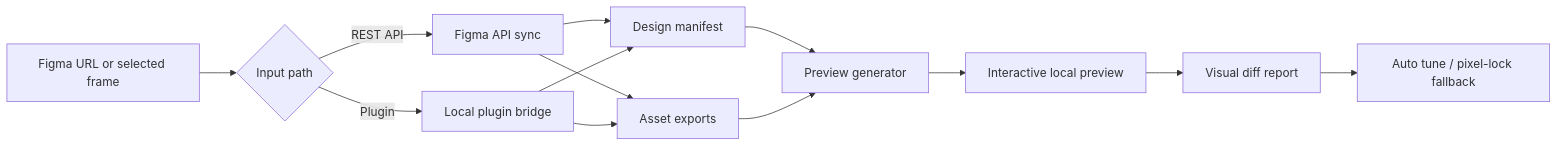
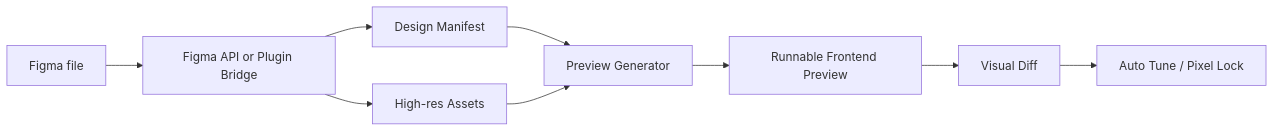
One commit to francoyeoh7/figma-pixel-bridge changed the diagram in docs/architecture.md. Above: the diagram before and after it, drawn with Mermaid. The commit also changed other lines of this file and 18 other files, not shown here.

Commit message:
Improve onboarding and interactive preview pipeline

````diff
--- a/docs/architecture.md
+++ b/docs/architecture.md
@@ -16,15 +7,11 @@
 ```mermaid
 flowchart LR
-  A[Figma URL or selected frame] --> B{Input path}
-  B -->|REST API| C[Figma API sync]
-  B -->|Plugin| D[Local plugin bridge]
-  C --> E[Design manifest]
+  A[Figma file] --> B[Figma API or Plugin Bridge]
+  B --> C[Design Manifest]
+  B --> D[High-res Assets]
+  C --> E[Preview Generator]
   D --> E
-  C --> F[Asset exports]
-  D --> F
-  E --> G[Preview generator]
-  F --> G
-  G --> H[Interactive local preview]
-  H --> I[Visual diff report]
-  I --> J[Auto tune / pixel-lock fallback]
+  E --> F[Runnable Frontend Preview]
+  F --> G[Visual Diff]
+  G --> H[Auto Tune / Pixel Lock]
 ```
````
